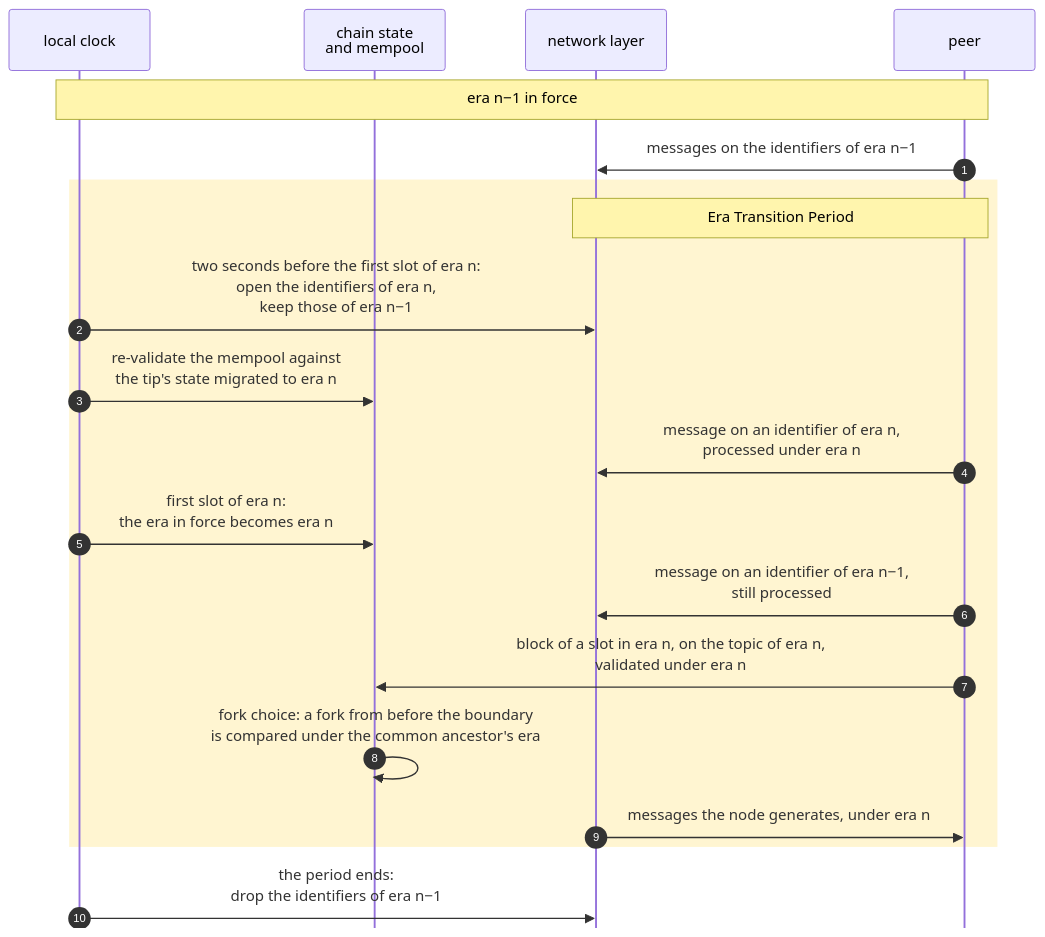
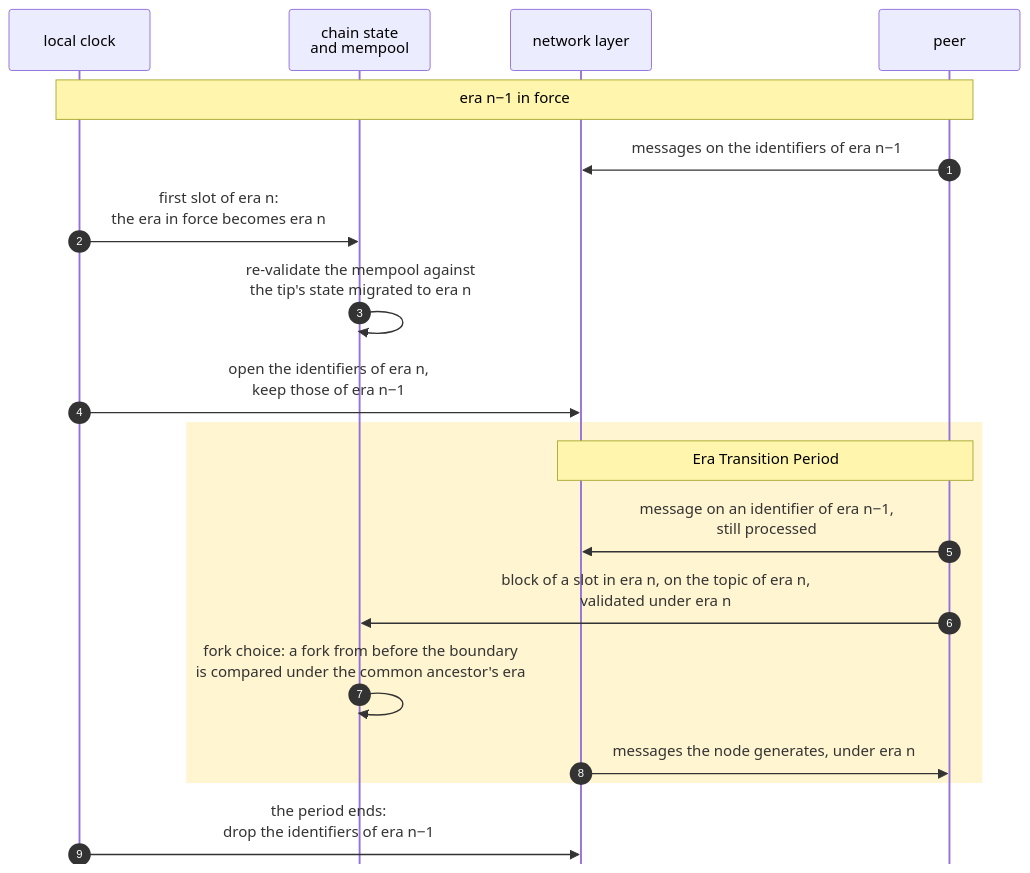
One commit to logos-co/logos-lips changed the seventh of 7 diagrams in docs/blockchain/raw/bedrock-eras.md. Above: the diagram before and after it, drawn with Mermaid. The commit also changed other lines of this file and 2 other files, not shown here.

Commit message:
docs(blockchain): restore the one-round clock bound in place of the two-second clock slack

````diff
--- a/docs/blockchain/raw/bedrock-eras.md
+++ b/docs/blockchain/raw/bedrock-eras.md
@@ -288,27 +285,26 @@
 ```mermaid
 ---
 config:
   sequence:
     mirrorActors: false
 ---
 sequenceDiagram
     autonumber
     participant C as local clock
     participant S as chain state<br/>and mempool
     participant N as network layer
     participant P as peer
     Note over C,P: era n−1 in force
     P->>N: messages on the identifiers of era n−1
+    C->>S: first slot of era n:<br/>the era in force becomes era n
+    S->>S: re-validate the mempool against<br/>the tip's state migrated to era n
+    C->>N: open the identifiers of era n,<br/>keep those of era n−1
     rect rgba(255, 200, 0, 0.18)
         Note over N,P: Era Transition Period
-        C->>N: two seconds before the first slot of era n:<br/>open the identifiers of era n,<br/>keep those of era n−1
-        C->>S: re-validate the mempool against<br/>the tip's state migrated to era n
-        P->>N: message on an identifier of era n,<br/>processed under era n
-        C->>S: first slot of era n:<br/>the era in force becomes era n
         P->>N: message on an identifier of era n−1,<br/>still processed
         P->>S: block of a slot in era n, on the topic of era n,<br/>validated under era n
         S->>S: fork choice: a fork from before the boundary<br/>is compared under the common ancestor's era
         N->>P: messages the node generates, under era n
     end
     C->>N: the period ends:<br/>drop the identifiers of era n−1
 ```
````
